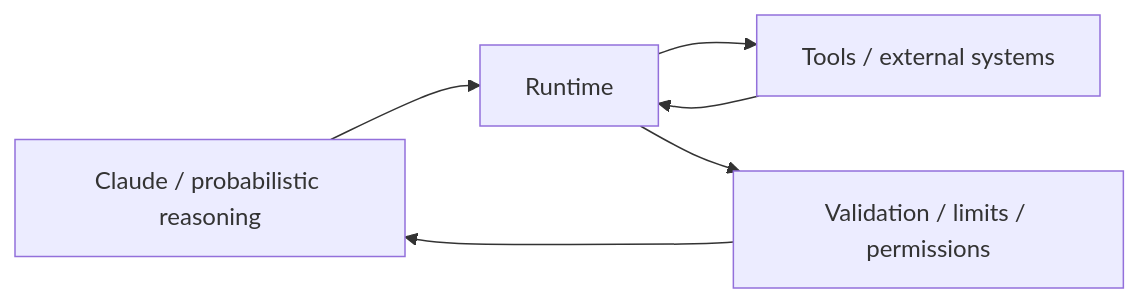
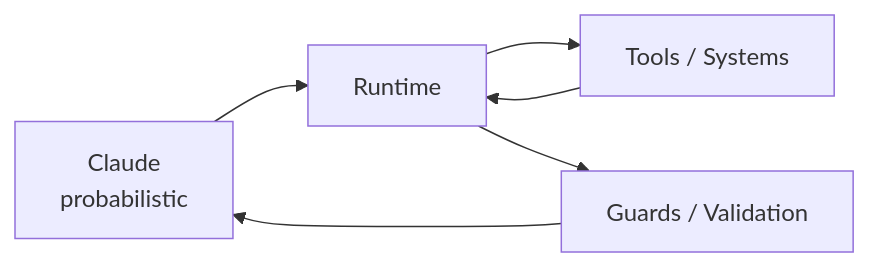
The third of 3 diagrams in 01-exam-overview/README.md (franciscogarcia-sys/guia-estudio-claude-ccar-f-bitlogic), drawn with Mermaid before and after one commit. The commit also changed other lines of this file, not shown here.

````diff
--- a/01-exam-overview/README.md
+++ b/01-exam-overview/README.md
@@ -185,8 +267,8 @@
 ```mermaid
 flowchart LR
-    A[Claude / probabilistic reasoning] --> B[Runtime]
-    B --> C[Tools / external systems]
-    C --> B
-    B --> D[Validation / limits / permissions]
-    D --> A
+    C[Claude<br/>probabilistic] --> R[Runtime]
+    R --> T[Tools / Systems]
+    T --> R
+    R --> G[Guards / Validation]
+    G --> C
 ```
````
